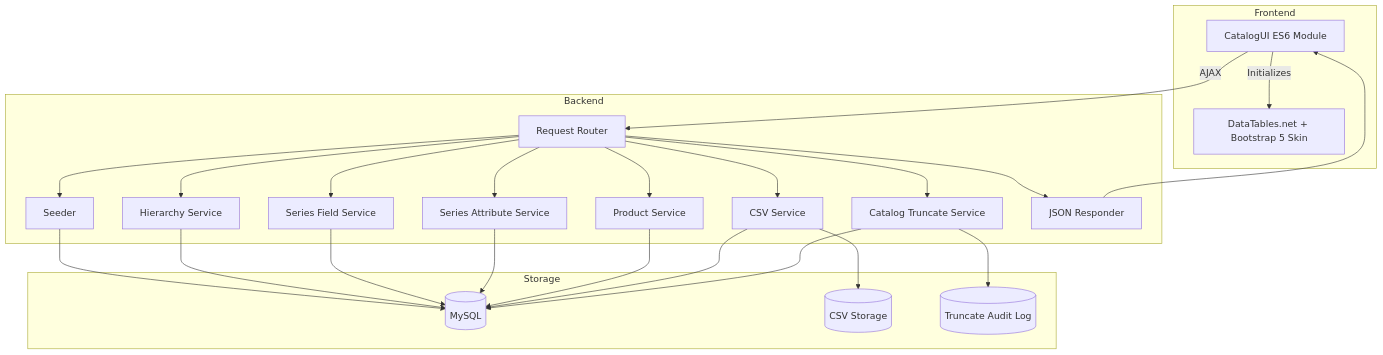
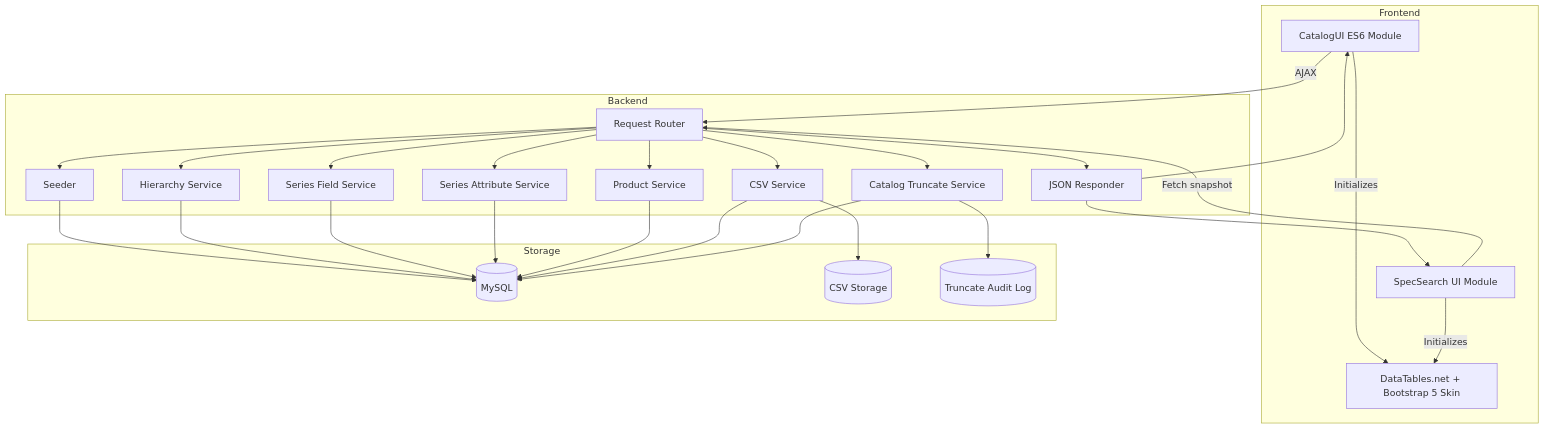
The third of 11 diagrams in docs/spec.md (sinjie2008/Foundational-Electronics-Core-Systems), drawn with Mermaid before and after one commit. The commit also changed other lines of this file and 6 other files, not shown here.

````diff
--- a/docs/spec.md
+++ b/docs/spec.md
@@ -342,43 +427,47 @@
 ```mermaid
 graph TD
     subgraph Frontend
         CatalogUI[CatalogUI ES6 Module]
+        SpecSearchUI[SpecSearch UI Module]
         DataTablesPlugin[DataTables.net + Bootstrap 5 Skin]
     end
     subgraph Backend
         Controller[Request Router]
         SeedModule[Seeder]
         HierarchyModule[Hierarchy Service]
         SeriesFieldModule[Series Field Service]
         SeriesAttributeModule[Series Attribute Service]
         ProductModule[Product Service]
         CsvModule[CSV Service]
         TruncateModule[Catalog Truncate Service]
         JsonResponder[JSON Responder]
     end
     subgraph Storage
         MySQLDB[(MySQL)]
         CsvStore[(CSV Storage)]
         AuditLog[(Truncate Audit Log)]
     end
     CatalogUI -->|Initializes| DataTablesPlugin
     CatalogUI -->|AJAX| Controller
+    SpecSearchUI -->|Fetch snapshot| Controller
+    SpecSearchUI -->|Initializes| DataTablesPlugin
     Controller --> SeedModule
     Controller --> HierarchyModule
     Controller --> SeriesFieldModule
     Controller --> SeriesAttributeModule
     Controller --> ProductModule
     Controller --> CsvModule
     Controller --> TruncateModule
     Controller --> JsonResponder
     JsonResponder --> CatalogUI
+    JsonResponder --> SpecSearchUI
     SeedModule --> MySQLDB
     HierarchyModule --> MySQLDB
     SeriesFieldModule --> MySQLDB
     SeriesAttributeModule --> MySQLDB
     ProductModule --> MySQLDB
     CsvModule --> MySQLDB
     CsvModule --> CsvStore
     TruncateModule --> MySQLDB
     TruncateModule --> AuditLog
 ```
````
